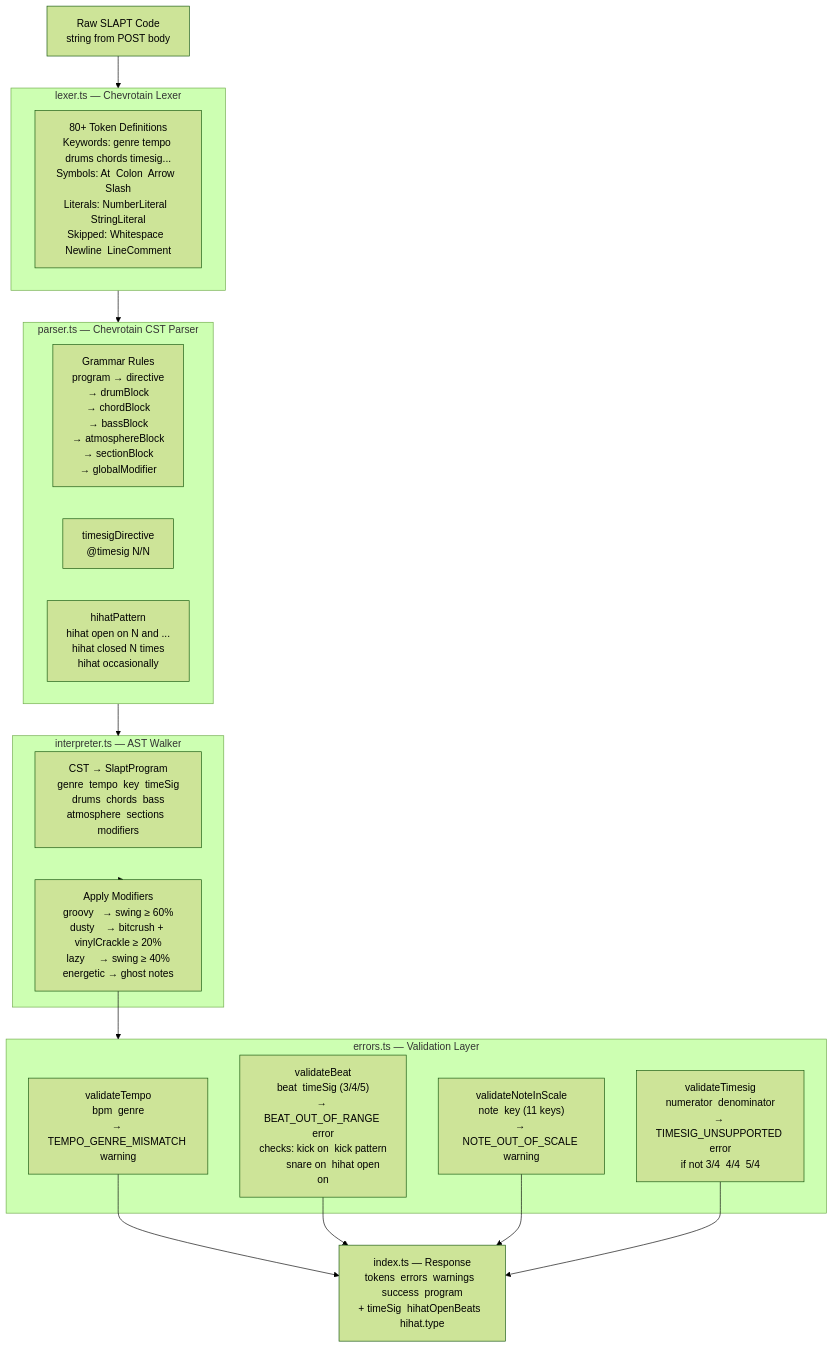
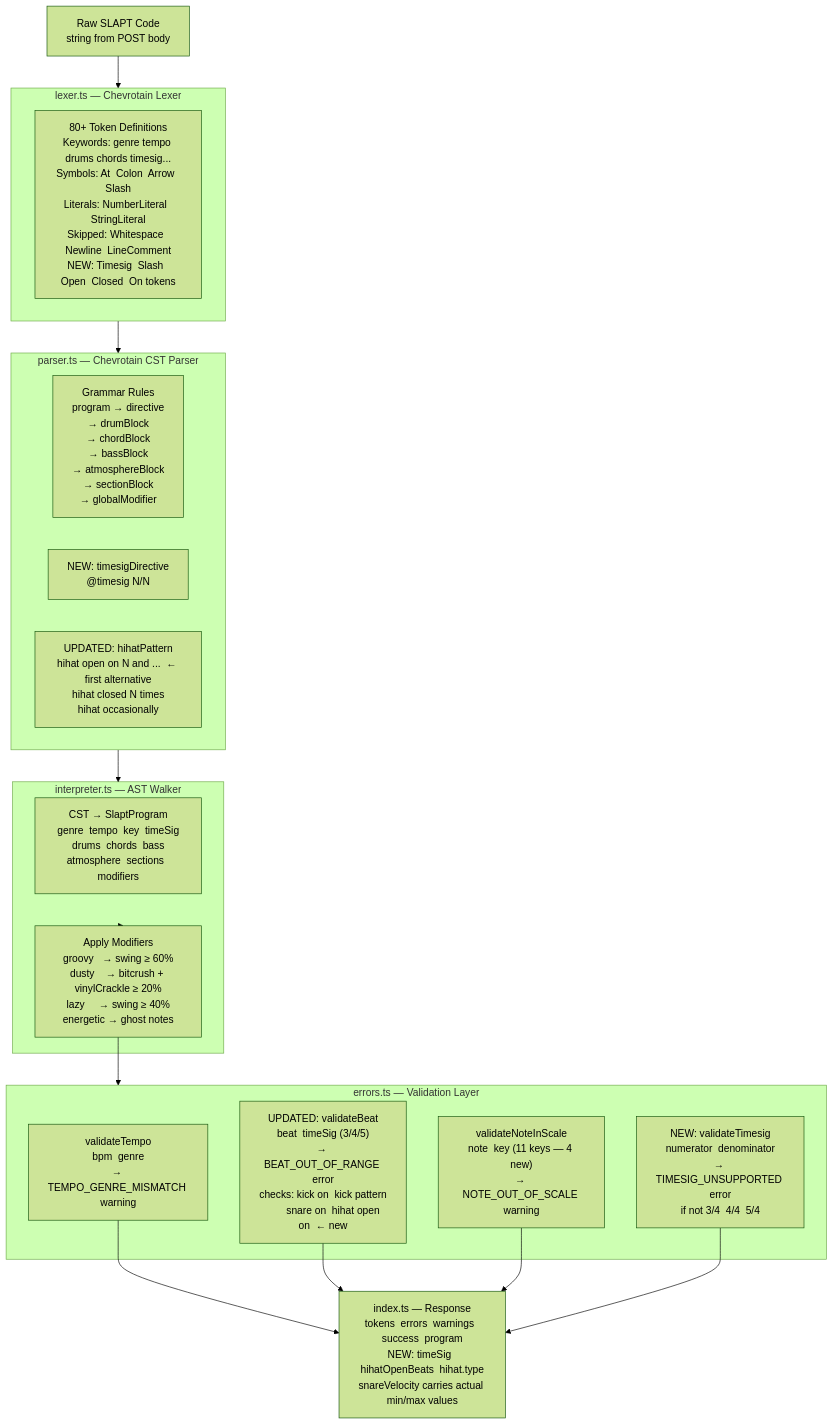
One commit to souvik03-136/SLAPT changed the second of 9 diagrams in docs/DOCUMENTATION.md. Above: the diagram before and after it, drawn with Mermaid (forest theme). The commit also changed other lines of this file and 2 other files, not shown here.

````diff
--- a/docs/DOCUMENTATION.md
+++ b/docs/DOCUMENTATION.md
@@ -75,31 +77,31 @@
 ```mermaid
 flowchart TD
     INPUT["Raw SLAPT Code\nstring from POST body"]
 
     subgraph LEXER["lexer.ts — Chevrotain Lexer"]
-        L1["80+ Token Definitions\nKeywords: genre tempo drums chords timesig...\nSymbols: At  Colon  Arrow  Slash\nLiterals: NumberLiteral  StringLiteral\nSkipped: Whitespace  Newline  LineComment"]
+        L1["80+ Token Definitions\nKeywords: genre tempo drums chords timesig...\nSymbols: At  Colon  Arrow  Slash\nLiterals: NumberLiteral  StringLiteral\nSkipped: Whitespace  Newline  LineComment\nNEW: Timesig  Slash  Open  Closed  On tokens"]
     end
 
     subgraph CSTPARSER["parser.ts — Chevrotain CST Parser"]
         P1["Grammar Rules\nprogram → directive\n       → drumBlock\n       → chordBlock\n       → bassBlock\n       → atmosphereBlock\n       → sectionBlock\n       → globalModifier"]
-        P2["timesigDirective\n@timesig N/N"]
-        P3["hihatPattern\nhihat open on N and ...\nhihat closed N times\nhihat occasionally"]
+        P2["NEW: timesigDirective\n@timesig N/N"]
+        P3["UPDATED: hihatPattern\nhihat open on N and ...  ← first alternative\nhihat closed N times\nhihat occasionally"]
     end
 
     subgraph INTERP["interpreter.ts — AST Walker"]
         I1["CST → SlaptProgram\ngenre  tempo  key  timeSig\ndrums  chords  bass\natmosphere  sections  modifiers"]
         I2["Apply Modifiers\ngroovy   → swing ≥ 60%\ndusty    → bitcrush + vinylCrackle ≥ 20%\nlazy     → swing ≥ 40%\nenergetic → ghost notes"]
     end
 
     subgraph VALIDATION["errors.ts — Validation Layer"]
         V1["validateTempo\nbpm  genre\n→ TEMPO_GENRE_MISMATCH warning"]
-        V2["validateBeat\nbeat  timeSig (3/4/5)\n→ BEAT_OUT_OF_RANGE error\nchecks: kick on  kick pattern\n        snare on  hihat open on"]
-        V3["validateNoteInScale\nnote  key (11 keys)\n→ NOTE_OUT_OF_SCALE warning"]
-        V4["validateTimesig\nnumerator  denominator\n→ TIMESIG_UNSUPPORTED error\nif not 3/4  4/4  5/4"]
+        V2["UPDATED: validateBeat\nbeat  timeSig (3/4/5)\n→ BEAT_OUT_OF_RANGE error\nchecks: kick on  kick pattern\n        snare on  hihat open on  ← new"]
+        V3["validateNoteInScale\nnote  key (11 keys — 4 new)\n→ NOTE_OUT_OF_SCALE warning"]
+        V4["NEW: validateTimesig\nnumerator  denominator\n→ TIMESIG_UNSUPPORTED error\nif not 3/4  4/4  5/4"]
     end
 
-    RESPONSE["index.ts — Response\ntokens  errors  warnings  success  program\n+ timeSig  hihatOpenBeats  hihat.type"]
+    RESPONSE["index.ts — Response\ntokens  errors  warnings  success  program\nNEW: timeSig  hihatOpenBeats  hihat.type\nsnareVelocity carries actual min/max values"]
 
     INPUT --> LEXER --> CSTPARSER --> INTERP --> I2 --> VALIDATION
     V1 & V2 & V3 & V4 --> RESPONSE
 ```
````
